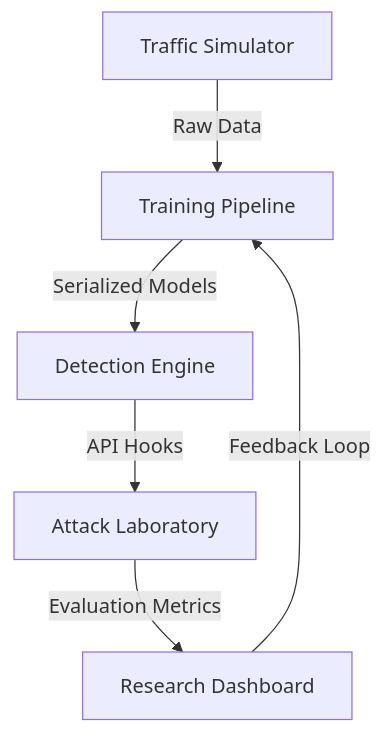
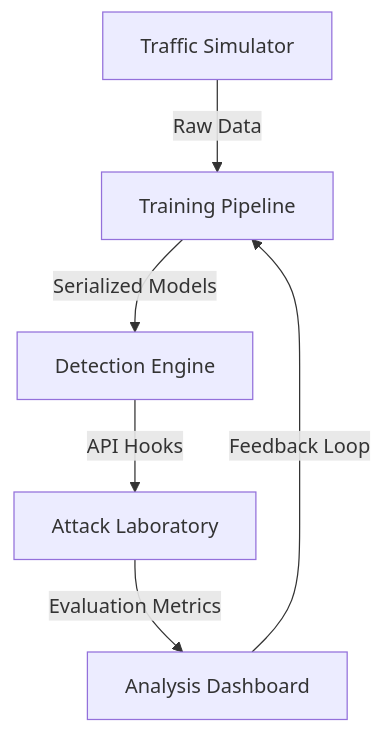
Before and after one commit to Aarnav-Singh/adversarial-ml-security-framework: the diagram in docs/IMPLEMENTATION_DESIGN.md, drawn with Mermaid. The commit also changed other lines of this file and 44 other files, not shown here.

````diff
--- a/docs/IMPLEMENTATION_DESIGN.md
+++ b/docs/IMPLEMENTATION_DESIGN.md
@@ -9,8 +9,8 @@
 ```mermaid
 graph TD
     A[Traffic Simulator] -->|Raw Data| B[Training Pipeline]
     B -->|Serialized Models| C[Detection Engine]
     C -->|API Hooks| D[Attack Laboratory]
-    D -->|Evaluation Metrics| E[Research Dashboard]
+    D -->|Evaluation Metrics| E[Analysis Dashboard]
     E -->|Feedback Loop| B
 ```
````
